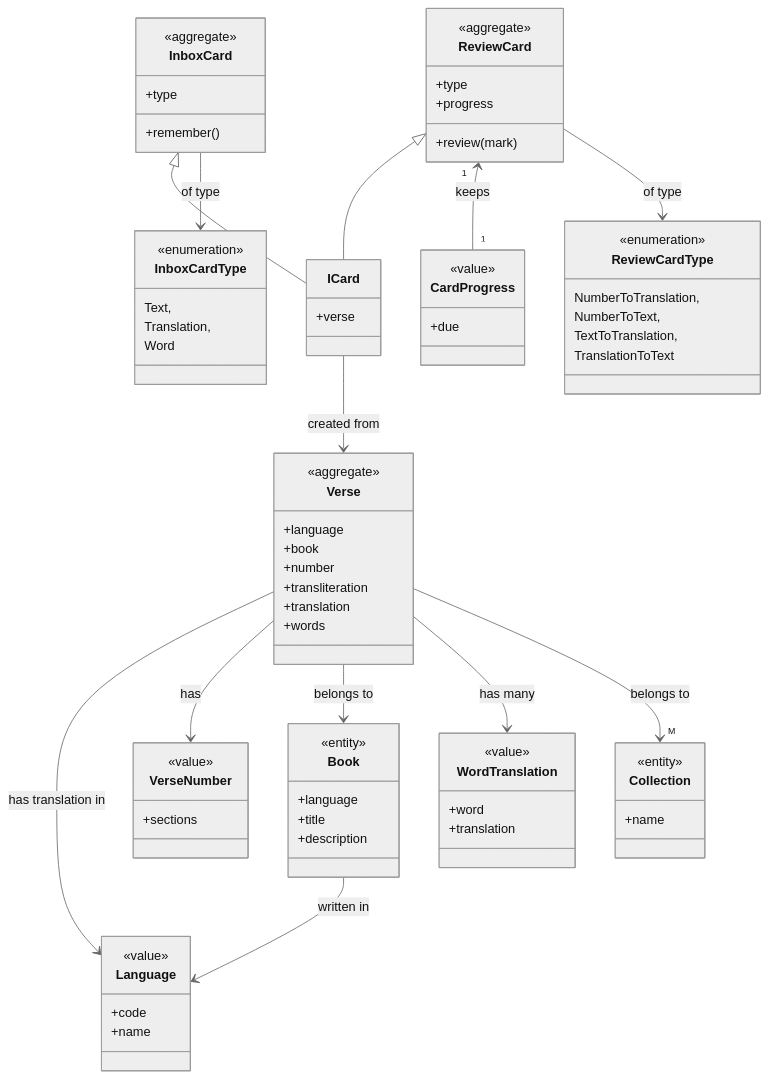
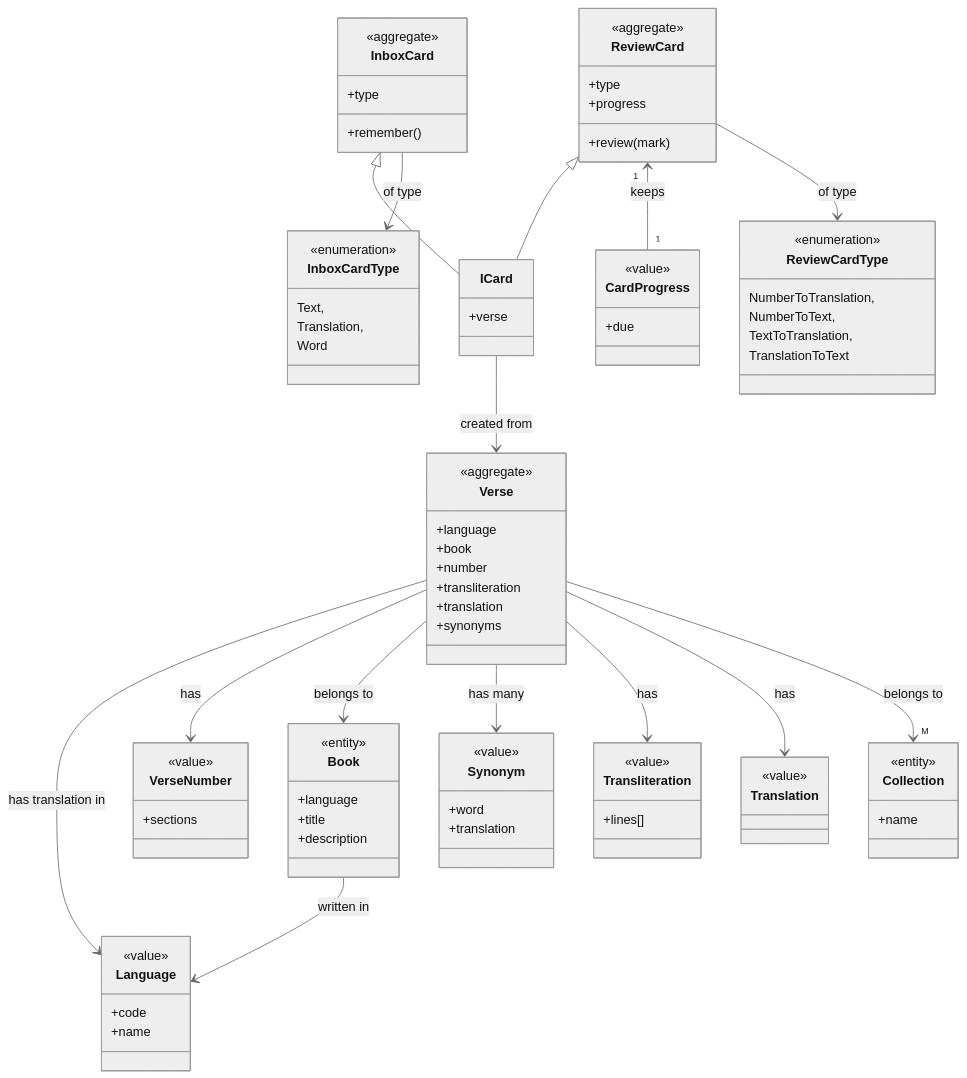
Before and after one commit to akdasa-studios/shlokas: the diagram in docs/models.md, drawn with Mermaid (neutral theme). The commit also changed 11 other files, not shown here.

```diff
--- a/docs/models.md
+++ b/docs/models.md
@@ -26,7 +26,7 @@
     +description
 }
 
-class WordTranslation {
+class Synonym {
     <<value>>
     +word
     +translation
@@ -39,7 +39,16 @@
     +number
     +transliteration
     +translation
-    +words
+    +synonyms
+}
+
+class Transliteration {
+    <<value>>
+    +lines[]
+}
+
+class Translation {
+    <<value>>
 }
 
 class InboxCardType {
@@ -84,7 +93,9 @@
 Verse --> Language : has translation in
 Verse --> VerseNumber : has
 Verse --> Book : belongs to
-Verse --> WordTranslation : has many
+Verse --> Synonym : has many
+Verse --> Transliteration : has
+Verse --> Translation : has
 Verse --> "M" Collection : belongs to
 
 ICard --> Verse : created from
```
